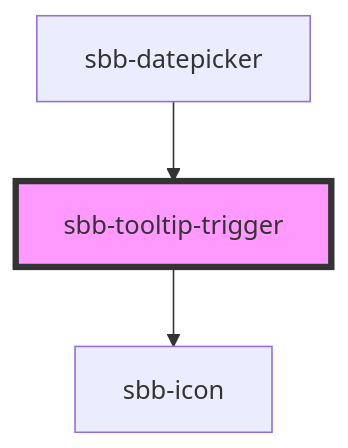
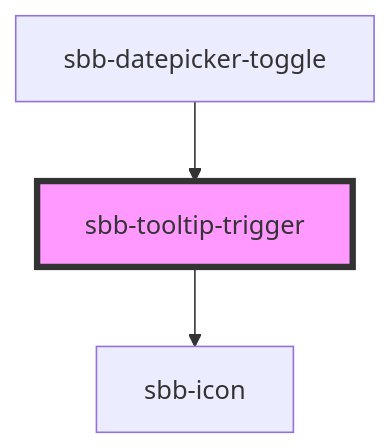
Before and after one commit to liviakuenzli/lyne-components: the diagram in src/components/sbb-tooltip-trigger/readme.md, drawn with Mermaid. The commit also changed other lines of this file and 10 other files, not shown here.

````diff
--- a/src/components/sbb-tooltip-trigger/readme.md
+++ b/src/components/sbb-tooltip-trigger/readme.md
@@ -85,6 +85,6 @@
 ```mermaid
 graph TD;
   sbb-tooltip-trigger --> sbb-icon
-  sbb-datepicker --> sbb-tooltip-trigger
+  sbb-datepicker-toggle --> sbb-tooltip-trigger
   style sbb-tooltip-trigger fill:#f9f,stroke:#333,stroke-width:4px
 ```
````
